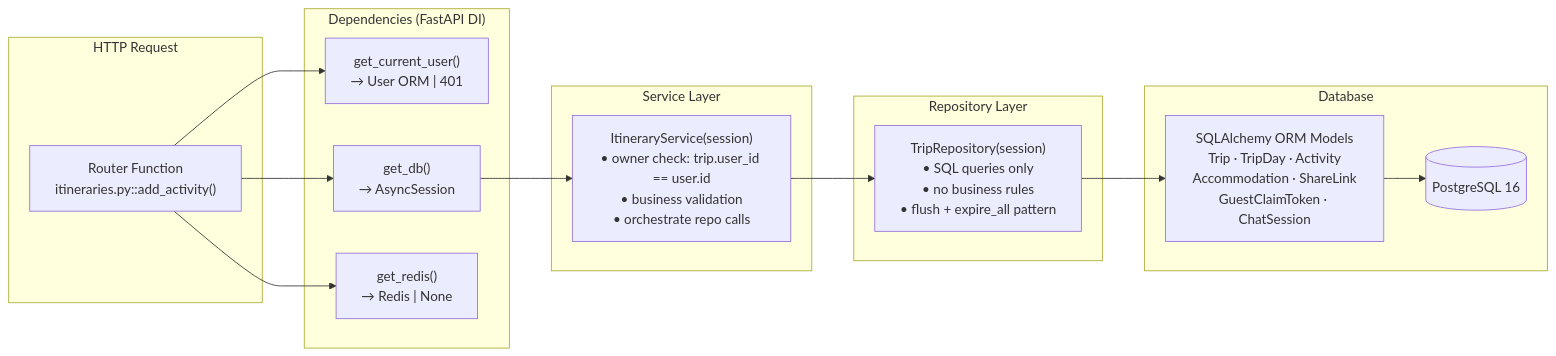
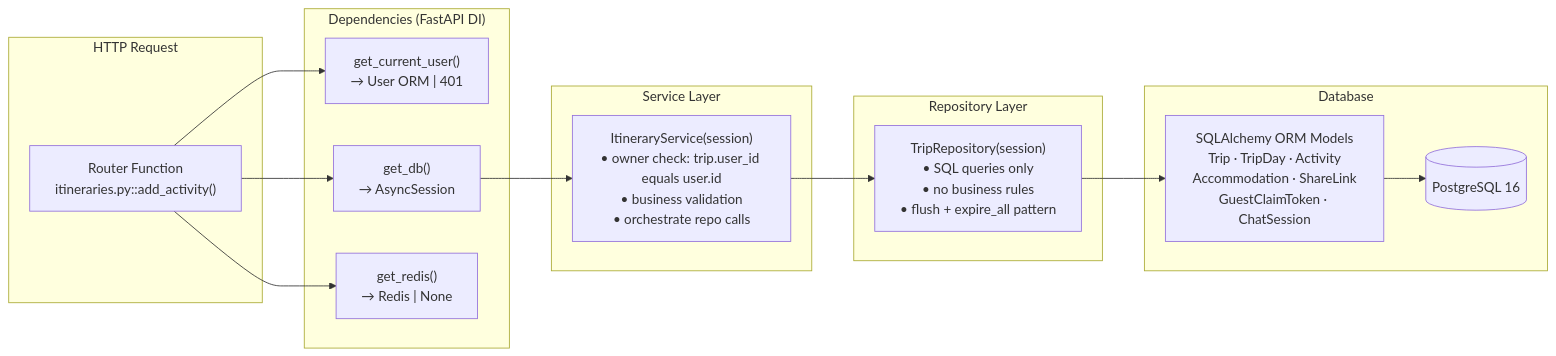
The second of 12 diagrams in README.md (KhoiBui16/NT208-ai-travel-itinerary-recommendation-system), drawn with Mermaid before and after one commit. The commit also changed other lines of this file and 96 other files, not shown here.

````diff
--- a/README.md
+++ b/README.md
@@ -290,33 +327,33 @@
 ```mermaid
 graph LR
     subgraph Request["HTTP Request"]
         R["Router Function<br/>itineraries.py::add_activity()"]
     end
 
     subgraph Deps["Dependencies (FastAPI DI)"]
         D1["get_current_user()<br/>→ User ORM | 401"]
         D2["get_db()<br/>→ AsyncSession"]
         D3["get_redis()<br/>→ Redis | None"]
     end
 
     subgraph SVC["Service Layer"]
-        S["ItineraryService(session)<br/>• owner check: trip.user_id == user.id<br/>• business validation<br/>• orchestrate repo calls"]
+        S["ItineraryService(session)<br/>• owner check: trip.user_id equals user.id<br/>• business validation<br/>• orchestrate repo calls"]
     end
 
     subgraph REPO["Repository Layer"]
         RP["TripRepository(session)<br/>• SQL queries only<br/>• no business rules<br/>• flush + expire_all pattern"]
     end
 
     subgraph DB["Database"]
         M["SQLAlchemy ORM Models<br/>Trip · TripDay · Activity<br/>Accommodation · ShareLink<br/>GuestClaimToken · ChatSession"]
         PG[("PostgreSQL 16")]
         M --> PG
     end
 
     R --> D1
     R --> D2
     R --> D3
     D2 --> S
     S --> RP
     RP --> M
 ```
````
